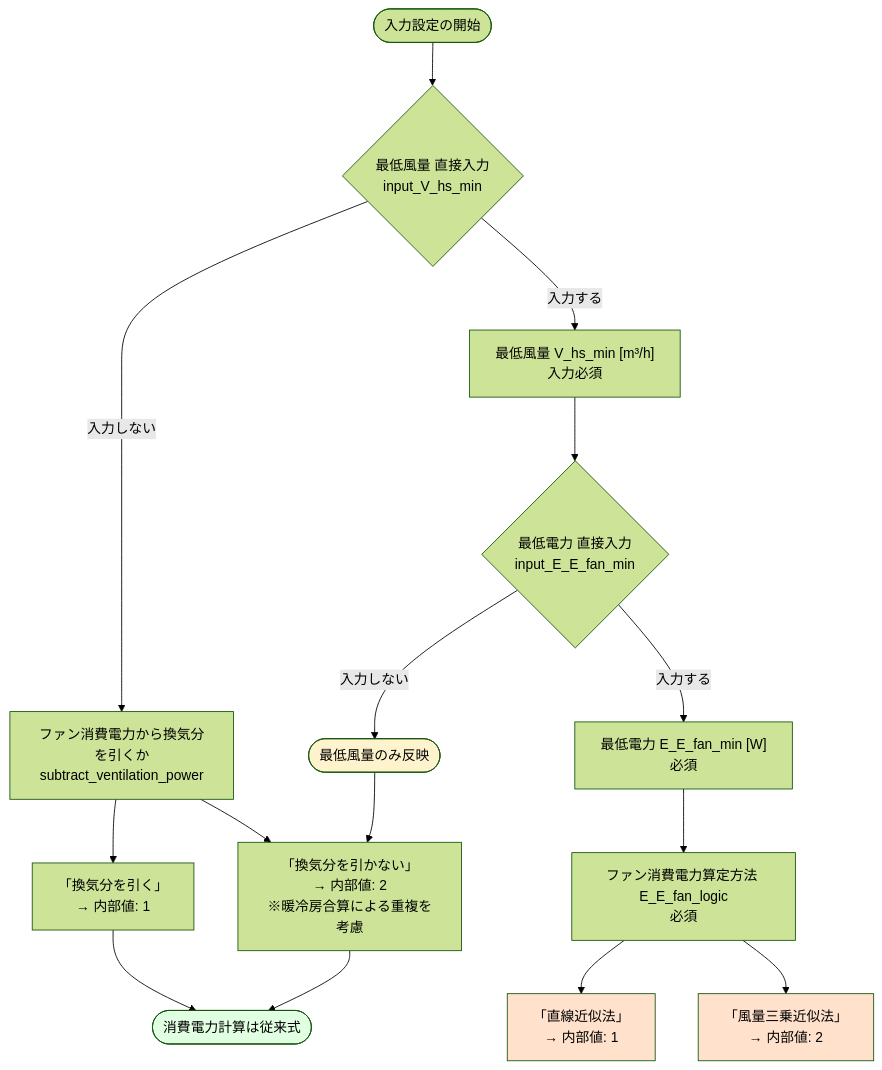
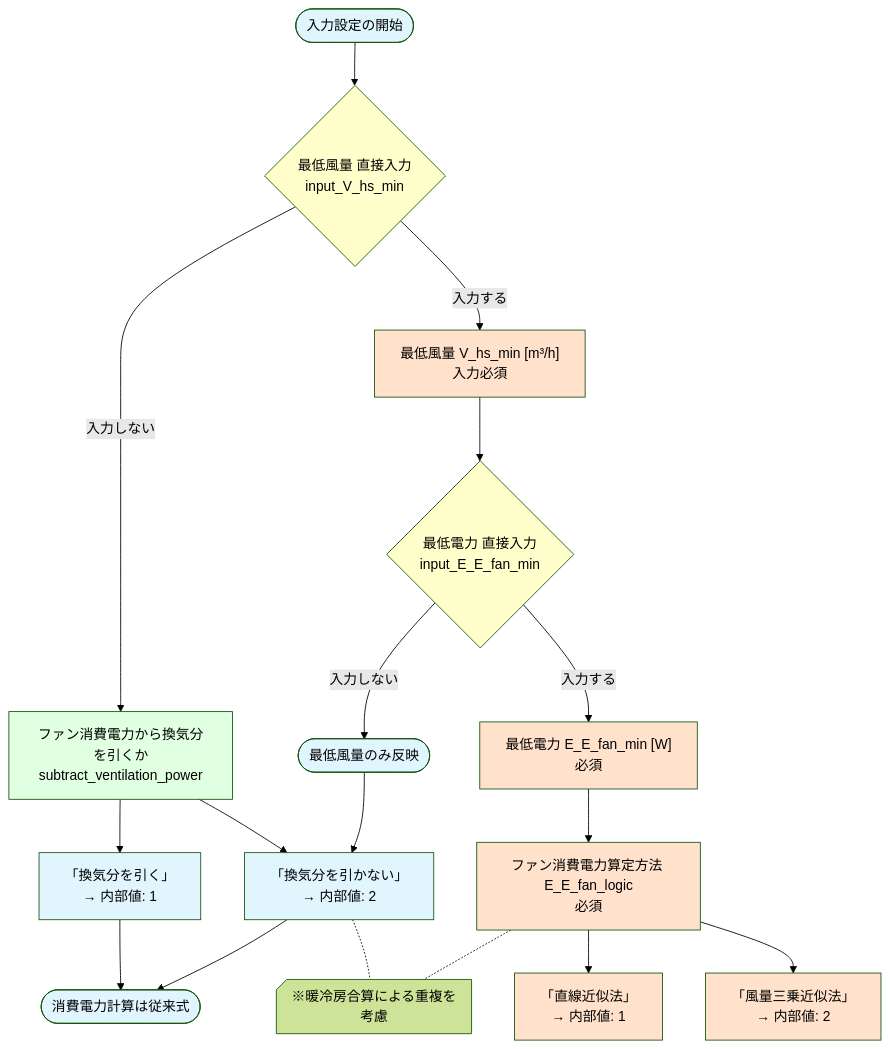
Before and after one commit to iguchi-lab/Verification-Platform-Next: the first of 8 diagrams in docs/最低風量_最低電力_直接入力.md, drawn with Mermaid (forest theme). The commit also changed other lines of this file, not shown here.

````diff
--- a/docs/最低風量_最低電力_直接入力.md
+++ b/docs/最低風量_最低電力_直接入力.md
@@ -45,27 +45,39 @@
 ```mermaid
 flowchart TD
 
 Start([入力設定の開始])
 --> Q1{最低風量 直接入力<br/>input_V_hs_min}
 
 Q1 -->|入力しない| A1[ファン消費電力から換気分を引くか<br/>subtract_ventilation_power]
 A1 --> A1a["「換気分を引く」<br/>→ 内部値: 1"]
-A1 --> A1b["「換気分を引かない」<br/>→ 内部値: 2<br/>※暖冷房合算による重複を考慮"]
+A1 --> A1b["「換気分を引かない」<br/>→ 内部値: 2"]
 
 Q1 -->|入力する| B1["最低風量 V_hs_min [m³/h]<br/>入力必須"]
 B1 --> Q2{最低電力 直接入力<br/>input_E_E_fan_min}
 
 Q2 -->|入力しない| EndB([最低風量のみ反映])
 EndB --> A1b
 A1a & A1b --> EndA([消費電力計算は従来式])
 
 Q2 -->|入力する| C1["最低電力 E_E_fan_min [W]<br/>必須"]
 C1 --> C2["ファン消費電力算定方法 E_E_fan_logic<br/>必須"]
 C2 --> C2a["「直線近似法」<br/>→ 内部値: 1"]
 C2 --> C2b["「風量三乗近似法」<br/>→ 内部値: 2"]
 
-style EndA fill:#e1ffe1
-style EndB fill:#fff3cd
+Note@{ shape: notch-rect, label: "※暖冷房合算による重複を考慮" }
+A1b & C2 -.- Note
+
+style Start fill:#e1f5ff
+style Q1 fill:#ffffcc
+style A1 fill:#e1ffe1
+style A1a fill:#e1f5ff
+style A1b fill:#e1f5ff
+style B1 fill:#ffe1cc
+style Q2 fill:#ffffcc
+style EndB fill:#e1f5ff
+style EndA fill:#e1f5ff
+style C1 fill:#ffe1cc
+style C2 fill:#ffe1cc
 style C2a fill:#ffe1cc
 style C2b fill:#ffe1cc
 ```
````
